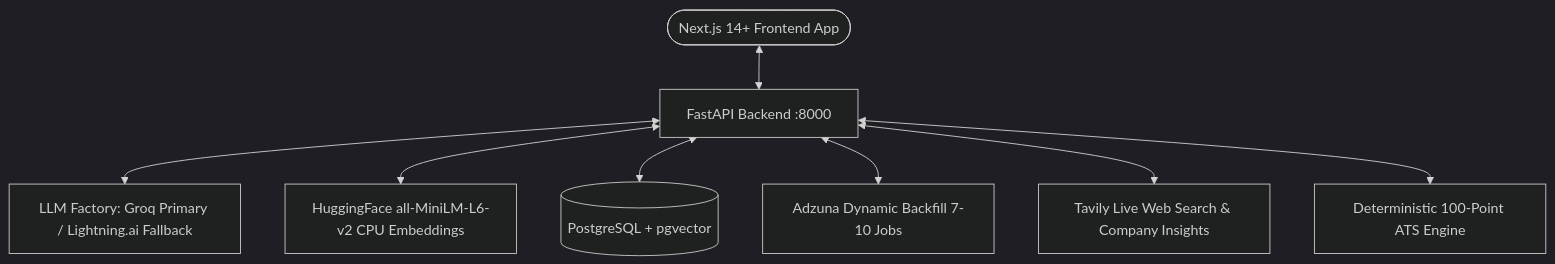
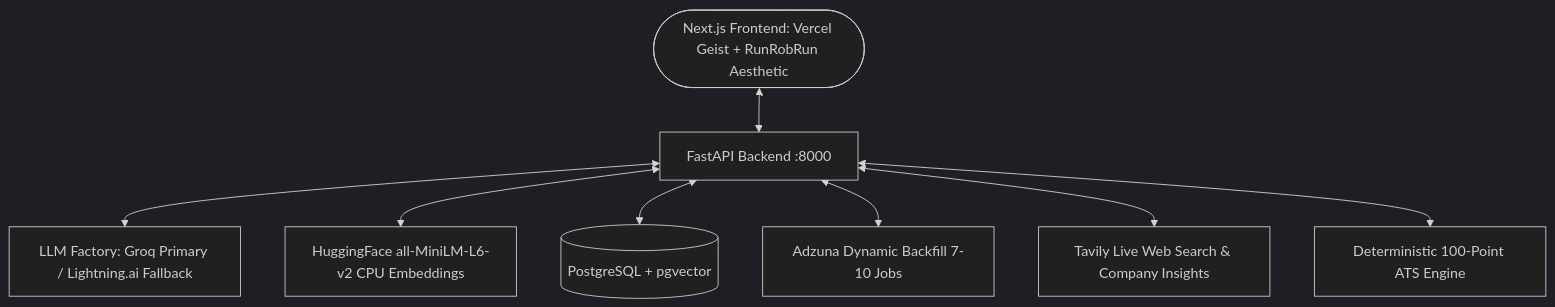
The diagram in docs/implementation_plan.md (Mostafa710/career-copilot), drawn with Mermaid (dark theme) before and after one commit. The commit also changed other lines of this file and 2 other files, not shown here.

Commit message:
docs: synchronize README, implementation plan, and architecture flowcharts with exact multi-agent implementations

````diff
--- a/docs/implementation_plan.md
+++ b/docs/implementation_plan.md
@@ -7,10 +7,10 @@
 ```mermaid
 graph TD
-    Client([Next.js 14+ Frontend App]) <--> API[FastAPI Backend :8000]
+    Client([Next.js Frontend: Vercel Geist + RunRobRun Aesthetic]) <--> API[FastAPI Backend :8000]
     API <--> LLM[LLM Factory: Groq Primary / Lightning.ai Fallback]
     API <--> Embed[HuggingFace all-MiniLM-L6-v2 CPU Embeddings]
     API <--> DB[(PostgreSQL + pgvector)]
     API <--> Adzuna[Adzuna Dynamic Backfill 7-10 Jobs]
     API <--> Tavily[Tavily Live Web Search & Company Insights]
     API <--> ATS[Deterministic 100-Point ATS Engine]
 ```
````
